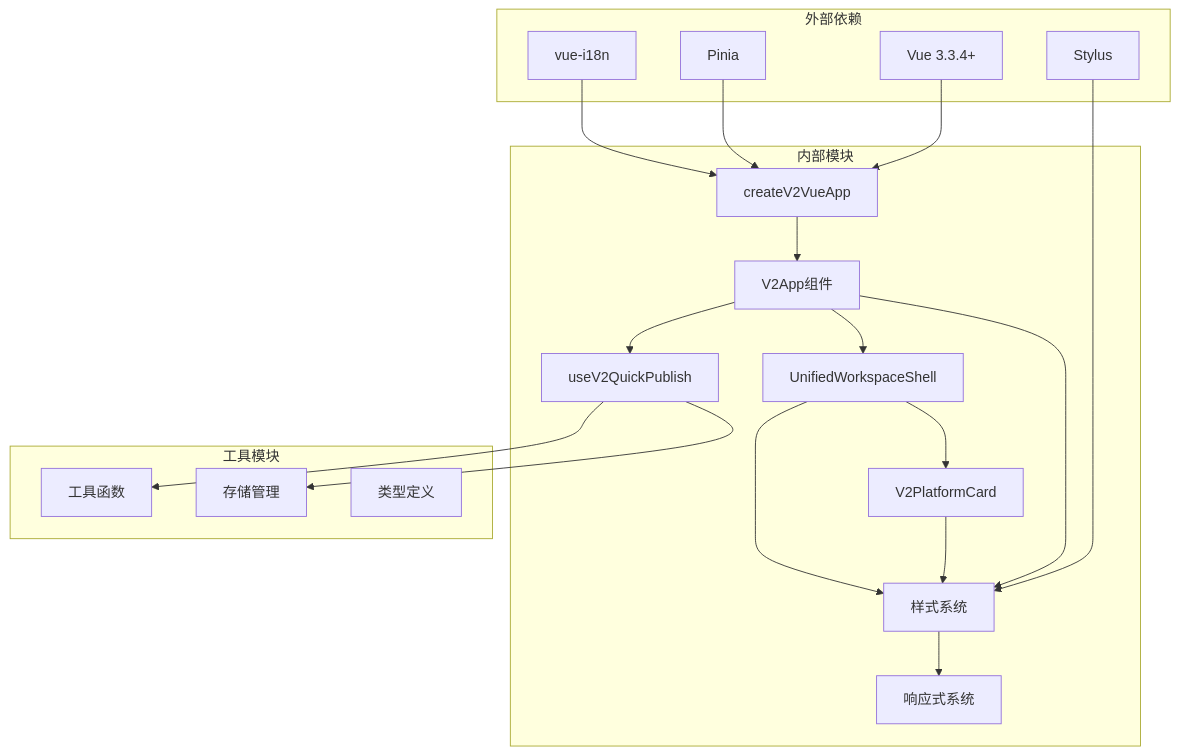
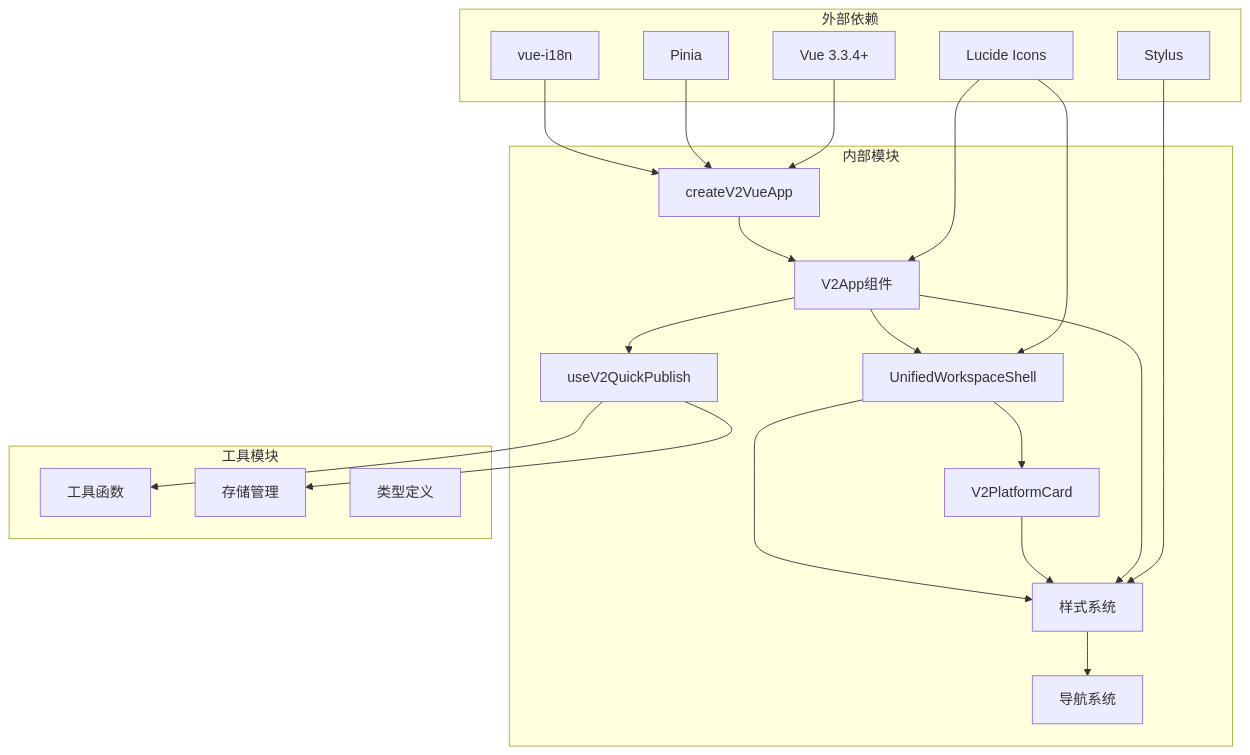
Before and after one commit to terwer/siyuan-plugin-publisher: diagram 11 of 11 in .qoder/repowiki/zh/content/用户界面组件/UI V2 设计原则.md, drawn with Mermaid. The commit also changed other lines of this file and 16 other files, not shown here.

First line of the commit message:
feat!: migrate V2 UI architecture from iframe SPA to native DOM mounting

````diff
--- a/.qoder/repowiki/zh/content/用户界面组件/UI V2 设计原则.md
+++ b/.qoder/repowiki/zh/content/用户界面组件/UI V2 设计原则.md
@@ -401,37 +436,40 @@
 ```mermaid
 graph TD
 subgraph "外部依赖"
 Vue[Vue 3.3.4+]
 Pinia[Pinia]
 I18n[vue-i18n]
 Stylus[Stylus]
+Icons[Lucide Icons]
 end
 subgraph "内部模块"
 CreateApp[createV2VueApp]
 V2App[V2App组件]
 Shell[UnifiedWorkspaceShell]
 PlatformCard[V2PlatformCard]
 QuickPublish[useV2QuickPublish]
 Styles[样式系统]
-Responsive[响应式系统]
+Navigation[导航系统]
 end
 subgraph "工具模块"
 Utils[工具函数]
 Stores[存储管理]
 Types[类型定义]
 end
 Vue --> CreateApp
 Pinia --> CreateApp
 I18n --> CreateApp
 Stylus --> Styles
+Icons --> V2App
+Icons --> Shell
 CreateApp --> V2App
 V2App --> Shell
 V2App --> QuickPublish
 Shell --> PlatformCard
 QuickPublish --> Utils
 QuickPublish --> Stores
 V2App --> Styles
 PlatformCard --> Styles
 Shell --> Styles
-Styles --> Responsive
+Styles --> Navigation
 ```
````
